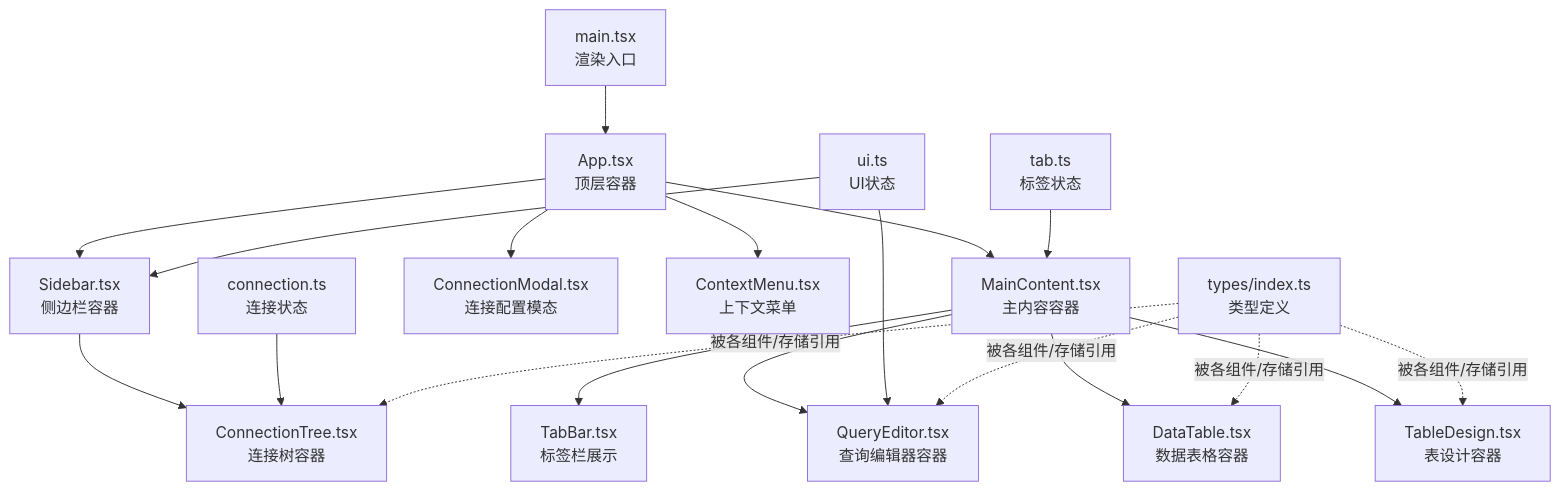
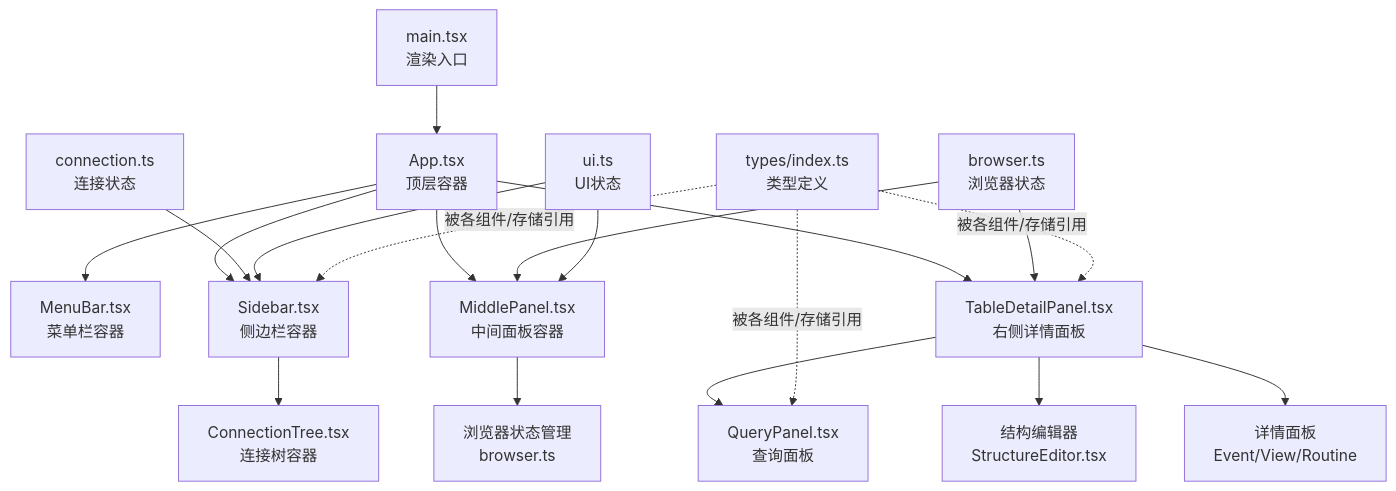
One commit to wwenbo2048/nexsql changed the first of 8 diagrams in .qoder/repowiki/zh/content/架构设计/组件系统架构/组件系统架构.md. Above: the diagram before and after it, drawn with Mermaid. The commit also changed other lines of this file and 19 other files, not shown here.

````diff
--- a/.qoder/repowiki/zh/content/架构设计/组件系统架构/组件系统架构.md
+++ b/.qoder/repowiki/zh/content/架构设计/组件系统架构/组件系统架构.md
@@ -43,21 +51,21 @@
 ```mermaid
 graph TB
 A["main.tsx<br/>渲染入口"] --> B["App.tsx<br/>顶层容器"]
-B --> C["Sidebar.tsx<br/>侧边栏容器"]
-B --> D["MainContent.tsx<br/>主内容容器"]
-D --> E["TabBar.tsx<br/>标签栏展示"]
-D --> F["QueryEditor.tsx<br/>查询编辑器容器"]
-D --> G["DataTable.tsx<br/>数据表格容器"]
-D --> H["TableDesign.tsx<br/>表设计容器"]
-C --> I["ConnectionTree.tsx<br/>连接树容器"]
-B --> J["ConnectionModal.tsx<br/>连接配置模态"]
-B --> K["ContextMenu.tsx<br/>上下文菜单"]
-L["connection.ts<br/>连接状态"] --> I
-M["tab.ts<br/>标签状态"] --> D
-N["ui.ts<br/>UI状态"] --> C
-N --> F
-O["types/index.ts<br/>类型定义"] -. 被各组件/存储引用 .-> I
+B --> C["MenuBar.tsx<br/>菜单栏容器"]
+B --> D["Sidebar.tsx<br/>侧边栏容器"]
+B --> E["MiddlePanel.tsx<br/>中间面板容器"]
+B --> F["TableDetailPanel.tsx<br/>右侧详情面板"]
+D --> G["ConnectionTree.tsx<br/>连接树容器"]
+E --> H["浏览器状态管理<br/>browser.ts"]
+F --> I["QueryPanel.tsx<br/>查询面板"]
+F --> J["结构编辑器<br/>StructureEditor.tsx"]
+F --> K["详情面板<br/>Event/View/Routine"]
+L["connection.ts<br/>连接状态"] --> D
+M["browser.ts<br/>浏览器状态"] --> E
+M --> F
+N["ui.ts<br/>UI状态"] --> D
+N --> E
+O["types/index.ts<br/>类型定义"] -. 被各组件/存储引用 .-> D
 O -. 被各组件/存储引用 .-> F
-O -. 被各组件/存储引用 .-> G
-O -. 被各组件/存储引用 .-> H
+O -. 被各组件/存储引用 .-> I
 ```
````
